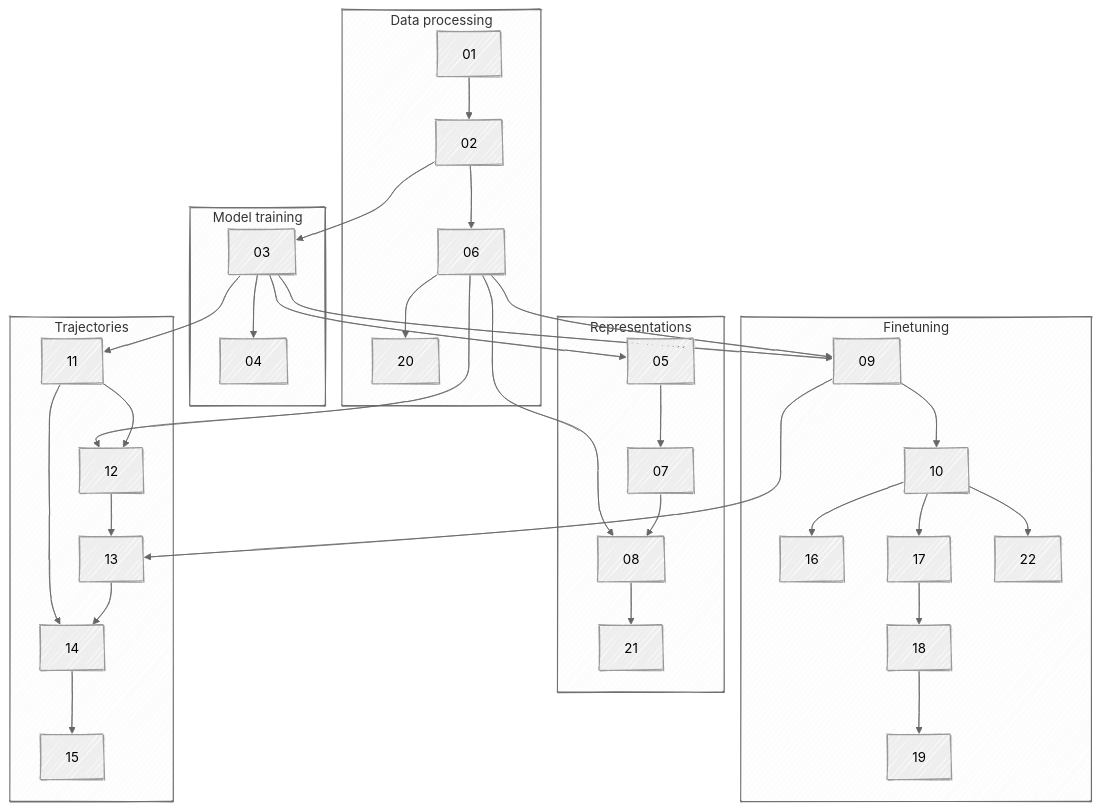
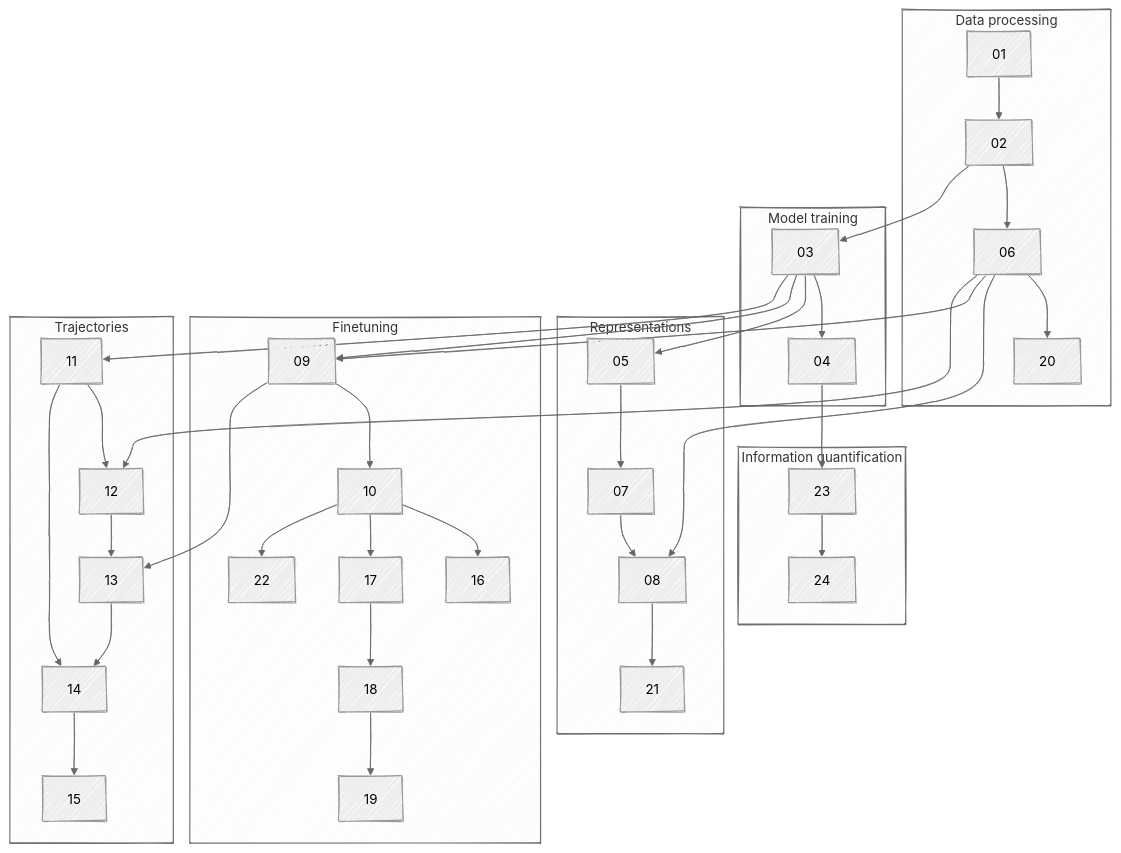
One commit to bbj-lab/fms-ehrs changed the diagram in README.md. Above: the diagram before and after it, drawn with Mermaid. The commit also changed 5 other files, not shown here.

Commit message:
quantify information content in timelines

````diff
--- a/README.md
+++ b/README.md
@@ -24,57 +24,63 @@
 ```mermaid
 ---
 config:
   theme: neutral
   look: handDrawn
   layout: fixed
   themeCSS: "* { overflow: visible; }"
 ---
 flowchart TD
  subgraph s1["Data processing"]
         N1["01"]
         N2["02"]
         N6["06"]
         N20["20"]
   end
  subgraph s2["Model training"]
         N3["03"]
         N4["04"]
   end
  subgraph s3["Representations"]
         N5["05"]
         N7["07"]
         N8["08"]
         N21["21"]
   end
  subgraph s4["Finetuning"]
         N9["09"]
         N10["10"]
         N16["16"]
         N17["17"]
         N18["18"]
         N19["19"]
         N22["22"]
   end
  subgraph s5["Trajectories"]
         N11["11"]
         N12["12"]
         N13["13"]
         N14["14"]
         N15["15"]
   end
+ subgraph s6["Information quantification"]
+        N23["23"]
+        N24["24"]
+ end
     N1 --> N2
     N2 --> N6 & N3
     N6 --> N20 & N8 & N9 & N12
     N3 --> N4 & N5 & N9 & N11
     N5 --> N7
     N7 --> N8
     N8 --> N21
     N9 --> N10 & N13
     N10 --> N16 & N17 & N22
     N17 --> N18
     N18 --> N19
     N11 --> N12 & N14
     N12 --> N13
     N13 --> N14
     N14 --> N15
+    N4 --> N23
+    N23 --> N24
 ```
````
